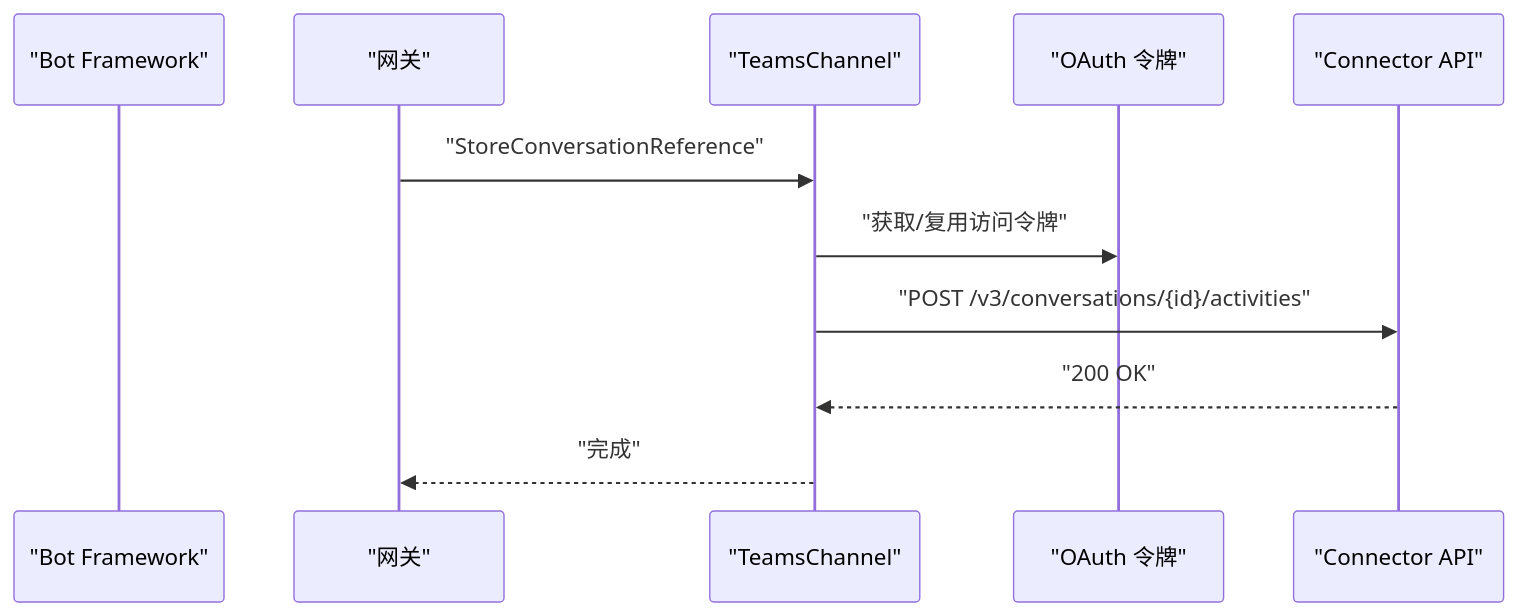
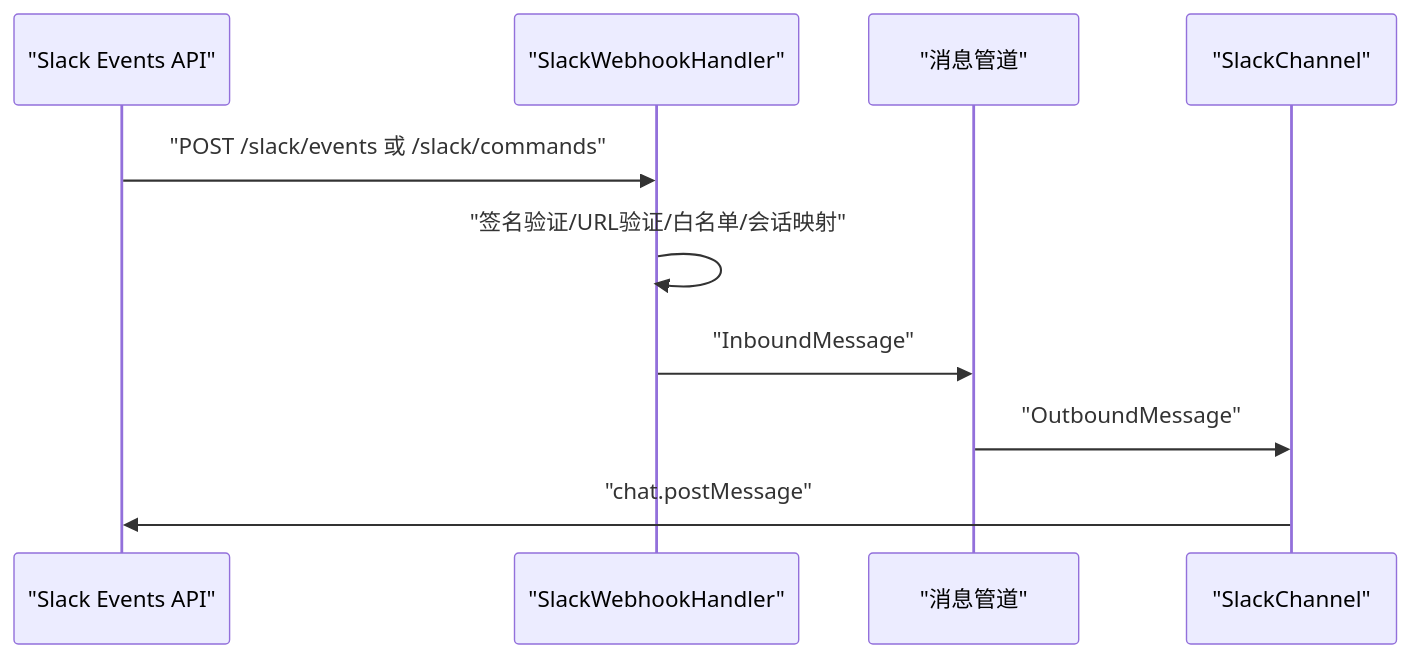
Before and after one commit to wayyet/kingcrab: the fourth of 9 diagrams in .qoder/repowiki/zh/content/通信渠道/通信渠道.md, drawn with Mermaid. The commit also changed other lines of this file and 431 other files, not shown here.

````diff
--- a/.qoder/repowiki/zh/content/通信渠道/通信渠道.md
+++ b/.qoder/repowiki/zh/content/通信渠道/通信渠道.md
@@ -270,13 +150,12 @@
 ```mermaid
 sequenceDiagram
-participant Teams as "Bot Framework"
-participant GW as "网关"
-participant TMCh as "TeamsChannel"
-participant Token as "OAuth 令牌"
-participant Conn as "Connector API"
-GW->>TMCh : "StoreConversationReference"
-TMCh->>Token : "获取/复用访问令牌"
-TMCh->>Conn : "POST /v3/conversations/{id}/activities"
-Conn-->>TMCh : "200 OK"
-TMCh-->>GW : "完成"
+participant SL as "Slack Events API"
+participant GW as "SlackWebhookHandler"
+participant Pipe as "消息管道"
+participant SC as "SlackChannel"
+SL->>GW : "POST /slack/events 或 /slack/commands"
+GW->>GW : "签名验证/URL验证/白名单/会话映射"
+GW->>Pipe : "InboundMessage"
+Pipe->>SC : "OutboundMessage"
+SC->>SL : "chat.postMessage"
 ```
````
